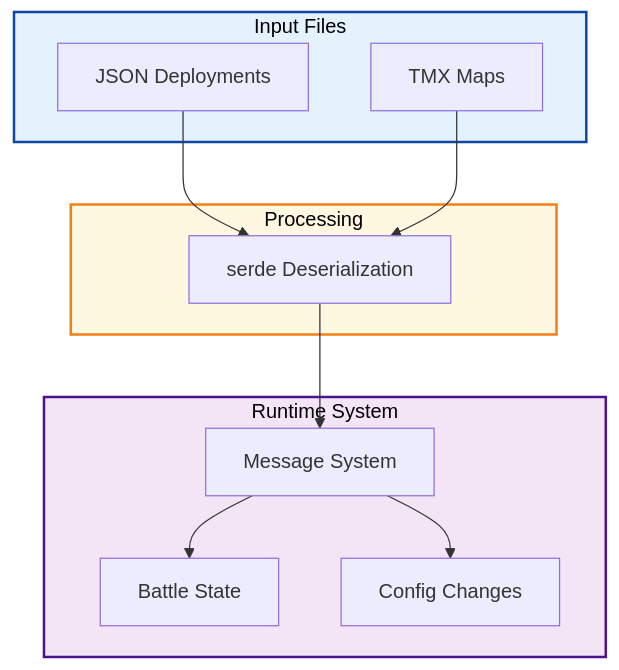
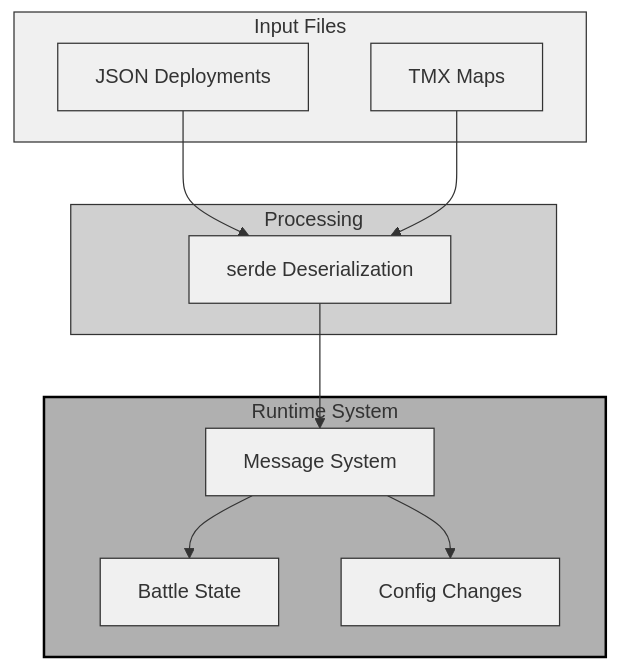
Before and after one commit to jukofyork/close-combat-architecture-study: the fourth of 10 diagrams in chapter_07_moddability.md, drawn with Mermaid. The commit also changed other lines of this file and 15 other files, not shown here.

````diff
--- a/chapter_07_moddability.md
+++ b/chapter_07_moddability.md
@@ -295,31 +312,33 @@
 ```mermaid
 flowchart TB
     subgraph Input["Input Files"]
         I1[JSON Deployments]
         I2[TMX Maps]
     end
     
     subgraph Processing["Processing"]
         P1[serde Deserialization]
     end
     
     subgraph Output["Runtime System"]
         O1[Message System]
         O2[Battle State]
         O3[Config Changes]
     end
     
     I1 --> P1
     I2 --> P1
     P1 --> O1
     O1 --> O2
     O1 --> O3
     
-    classDef inputStyle fill:#e3f2fd,stroke:#0d47a1,stroke-width:2px,color:#000
-    classDef processStyle fill:#fff8e1,stroke:#f57f17,stroke-width:2px,color:#000
-    classDef outputStyle fill:#f3e5f5,stroke:#4a148c,stroke-width:2px,color:#000
+    classDef default fill:#fff,stroke:#000,stroke-width:1px
+    classDef light fill:#f0f0f0,stroke:#333,stroke-width:1px
+    classDef medium fill:#d0d0d0,stroke:#333,stroke-width:1px
+    classDef dark fill:#b0b0b0,stroke:#000,stroke-width:2px
     
-    class Input inputStyle
-    class Processing processStyle
-    class Output outputStyle
+    class Input light
+    class Processing medium
+    class Output dark
+    class I1,I2,P1,O1,O2,O3 light
 ```
````
